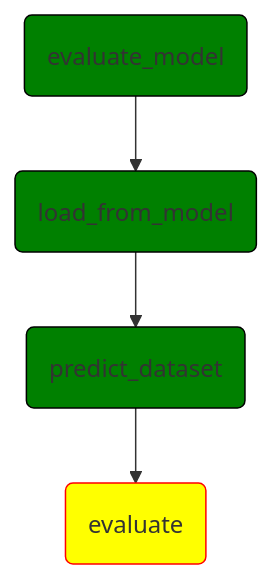
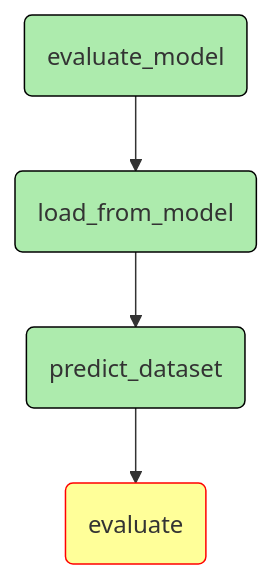
The fifth of 5 diagrams in tutorials/model_management/advance/model_adapter_flows/chapter.md (dataloop-ai/dtlpy-documentation), drawn with Mermaid before and after one commit. The commit also changed other lines of this file and 1 other file, not shown here.

Commit message:
Changing color intensity of the flowchart blocks

````diff
--- a/tutorials/model_management/advance/model_adapter_flows/chapter.md
+++ b/tutorials/model_management/advance/model_adapter_flows/chapter.md
@@ -148,14 +148,14 @@
 ```mermaid
 flowchart TD
     id1(evaluate_model)-->
     id2(load_from_model)-->
     id3(predict_dataset)-->
     id4("evaluate")
-    style id1 fill:green, stroke: black
-    style id2 fill:green, stroke: black
-    style id3 fill:green, stroke: black
-    style id4 fill:yellow, stroke: red
+    style id1 fill:#adebad, stroke: black
+    style id2 fill:#adebad, stroke: black
+    style id3 fill:#adebad, stroke: black
+    style id4 fill:#ffff99, stroke: red
     click id2 "./#load_from_model"
     click id3 "./#predict_items"
     click id4 "./#evaluate"
 ```
````
